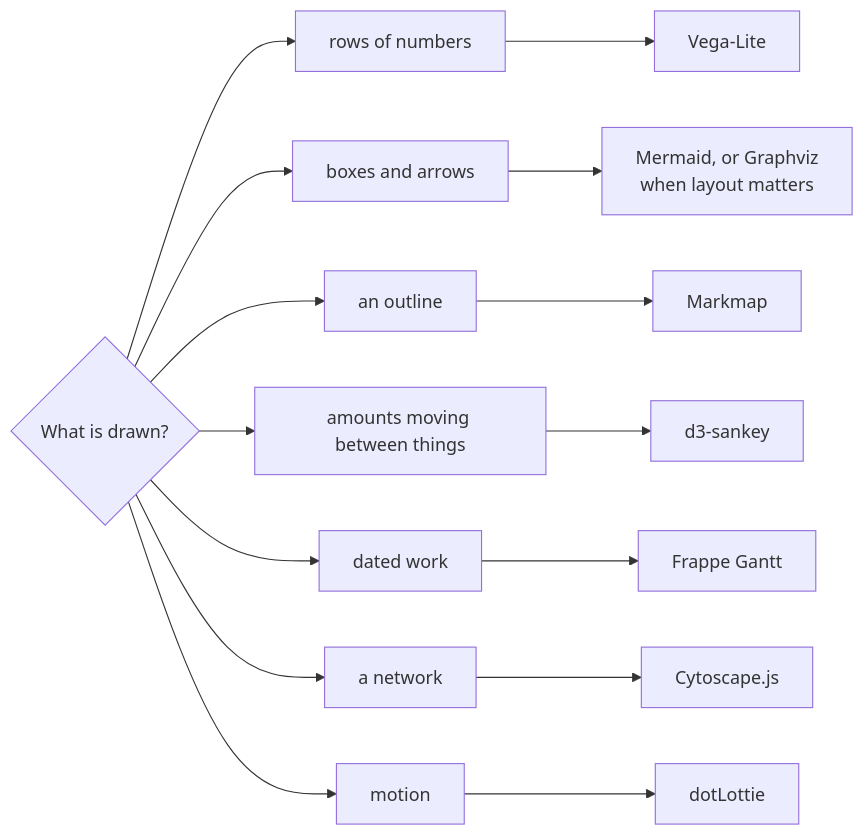
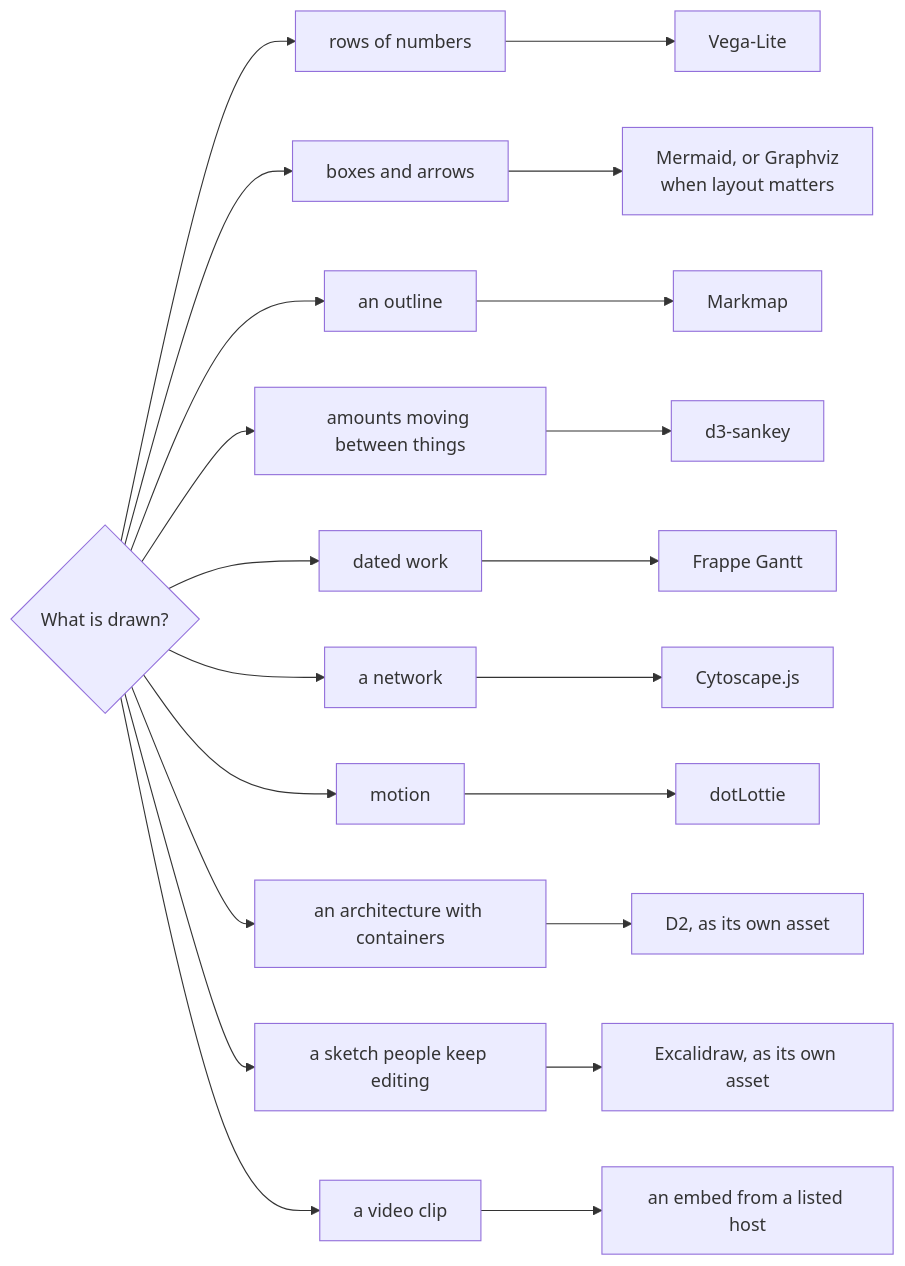
The first of 2 diagrams in internal/platform/knowledgebuiltin/pages/visual-libraries.md (txn2/mcp-data-platform), drawn with Mermaid before and after one commit. The commit also changed other lines of this file and 120 other files, not shown here.

````diff
--- a/internal/platform/knowledgebuiltin/pages/visual-libraries.md
+++ b/internal/platform/knowledgebuiltin/pages/visual-libraries.md
@@ -10,10 +10,13 @@
 ```mermaid
 flowchart LR
   Q{"What is drawn?"} --> R["rows of numbers"] --> V["Vega-Lite"]
   Q --> F["boxes and arrows"] --> M["Mermaid, or Graphviz<br/>when layout matters"]
   Q --> O["an outline"] --> K["Markmap"]
   Q --> W["amounts moving between things"] --> S["d3-sankey"]
   Q --> D["dated work"] --> G["Frappe Gantt"]
   Q --> N["a network"] --> C["Cytoscape.js"]
   Q --> A["motion"] --> L["dotLottie"]
+  Q --> X["an architecture with containers"] --> D2["D2, as its own asset"]
+  Q --> E["a sketch people keep editing"] --> EX["Excalidraw, as its own asset"]
+  Q --> VID["a video clip"] --> VE["an embed from a listed host"]
 ```
````
